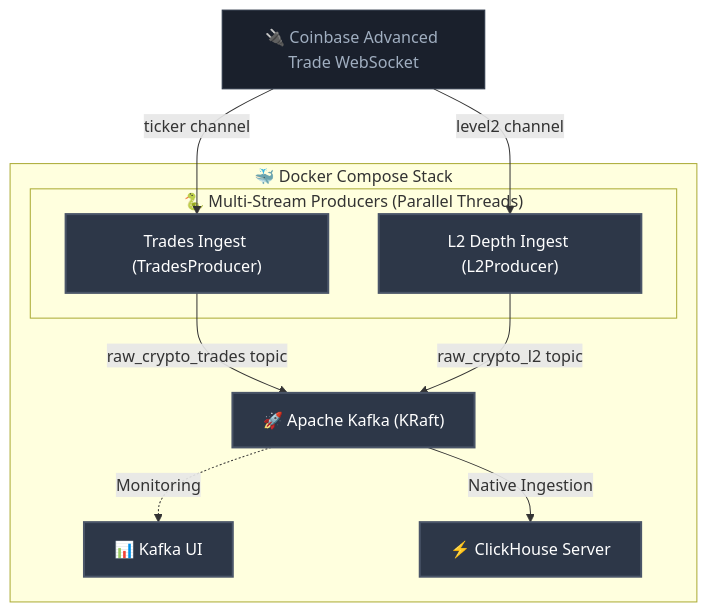
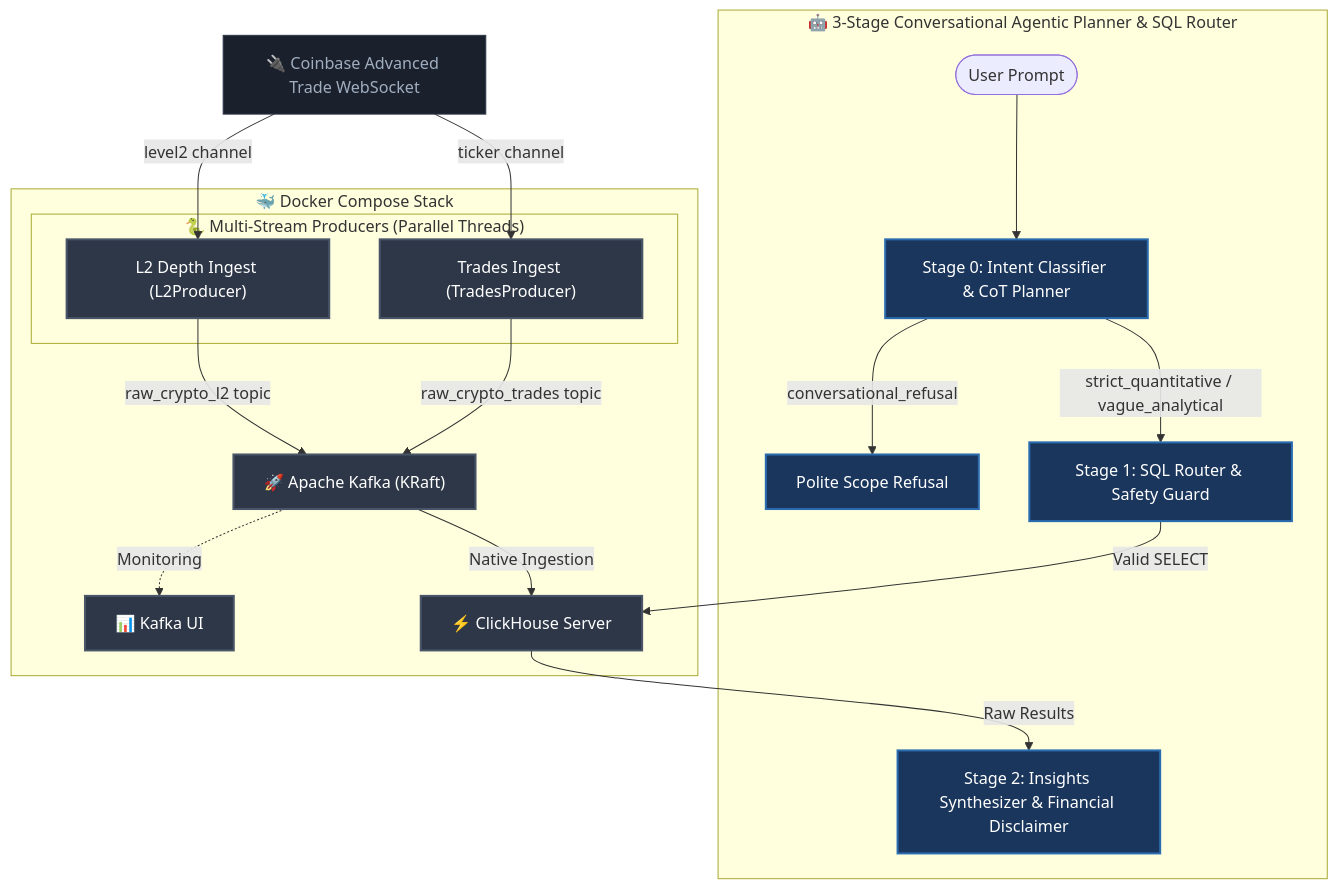
Before and after one commit to sysung/crypto-dash: the diagram in README.md, drawn with Mermaid. The commit also changed other lines of this file and 1 other file, not shown here.

Commit message:
docs: update README and system architecture for 3-stage agent

````diff
--- a/README.md
+++ b/README.md
@@ -9,24 +9,33 @@
 ```mermaid
 graph TD
     classDef tech fill:#2d3748,stroke:#4a5568,stroke-width:2px,color:#fff;
     classDef external fill:#1a202c,stroke:#2d3748,color:#a0aec0;
+    classDef agent fill:#1a365d,stroke:#2b6cb0,stroke-width:2px,color:#fff;
 
     Coinbase["🔌 Coinbase Advanced Trade WebSocket"]:::external
     
     subgraph Docker ["🐳 Docker Compose Stack"]
         subgraph MultiProducer ["🐍 Multi-Stream Producers (Parallel Threads)"]
             Trades["Trades Ingest (TradesProducer)"]:::tech
             L2["L2 Depth Ingest (L2Producer)"]:::tech
         end
         Kafka["🚀 Apache Kafka (KRaft)"]:::tech
         KafkaUI["📊 Kafka UI"]:::tech
         ClickHouse["⚡ ClickHouse Server"]:::tech
     end
 
+    subgraph Agent ["🤖 3-Stage Conversational Agentic Planner & SQL Router"]
+        UserPrompt([User Prompt]) --> Stage0[Stage 0: Intent Classifier & CoT Planner]:::agent
+        Stage0 -->|conversational_refusal| Refusal[Polite Scope Refusal]:::agent
+        Stage0 -->|strict_quantitative / vague_analytical| Stage1[Stage 1: SQL Router & Safety Guard]:::agent
+        Stage1 -->|Valid SELECT| ClickHouse
+        ClickHouse -->|Raw Results| Stage2[Stage 2: Insights Synthesizer & Financial Disclaimer]:::agent
+    end
+
     Coinbase -->|ticker channel| Trades
     Coinbase -->|level2 channel| L2
     Trades -->|raw_crypto_trades topic| Kafka
     L2 -->|raw_crypto_l2 topic| Kafka
     Kafka -.->|Monitoring| KafkaUI
     Kafka -->|Native Ingestion| ClickHouse
 ```
````
